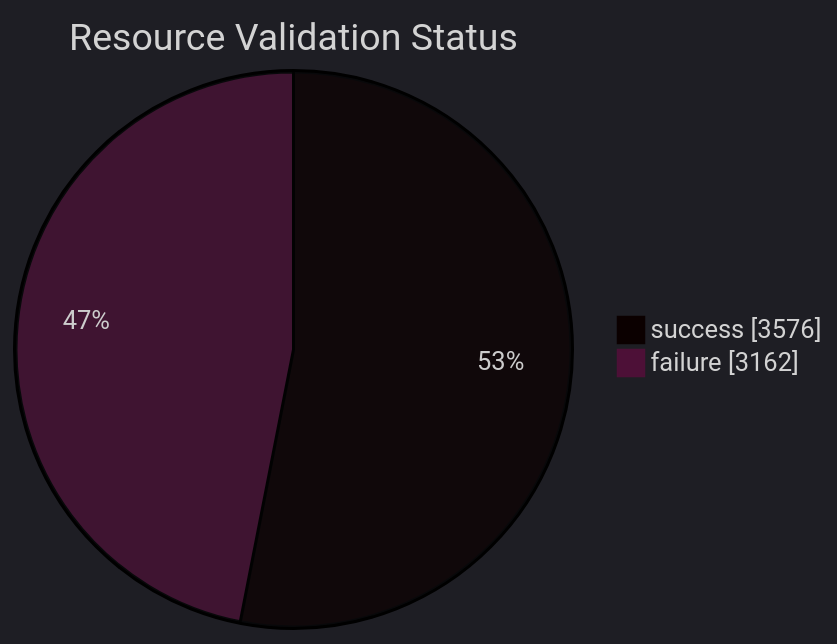
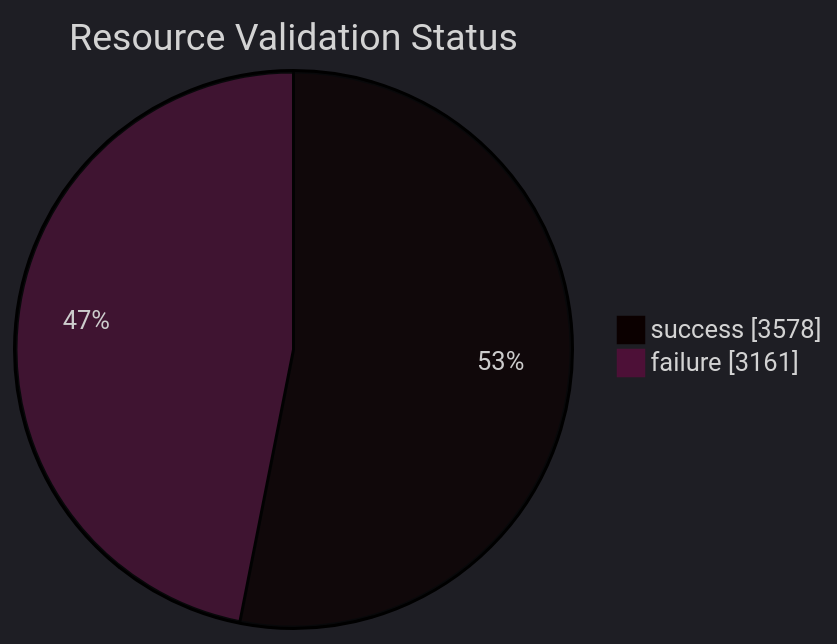
Before and after one commit to open-data/analytics-corporate-reporting: the diagram in datastore_tracker/resource_validation_status_pie_chart.md, drawn with Mermaid. The commit also changed 9 other files, not shown here.

````diff
--- a/datastore_tracker/resource_validation_status_pie_chart.md
+++ b/datastore_tracker/resource_validation_status_pie_chart.md
@@ -2,9 +2,9 @@
 ```mermaid
 ---
 config:
   theme: dark
 ---
 pie showData title Resource Validation Status
-    "success": 3576
-    "failure": 3162
+    "success": 3578
+    "failure": 3161
 ```
````
